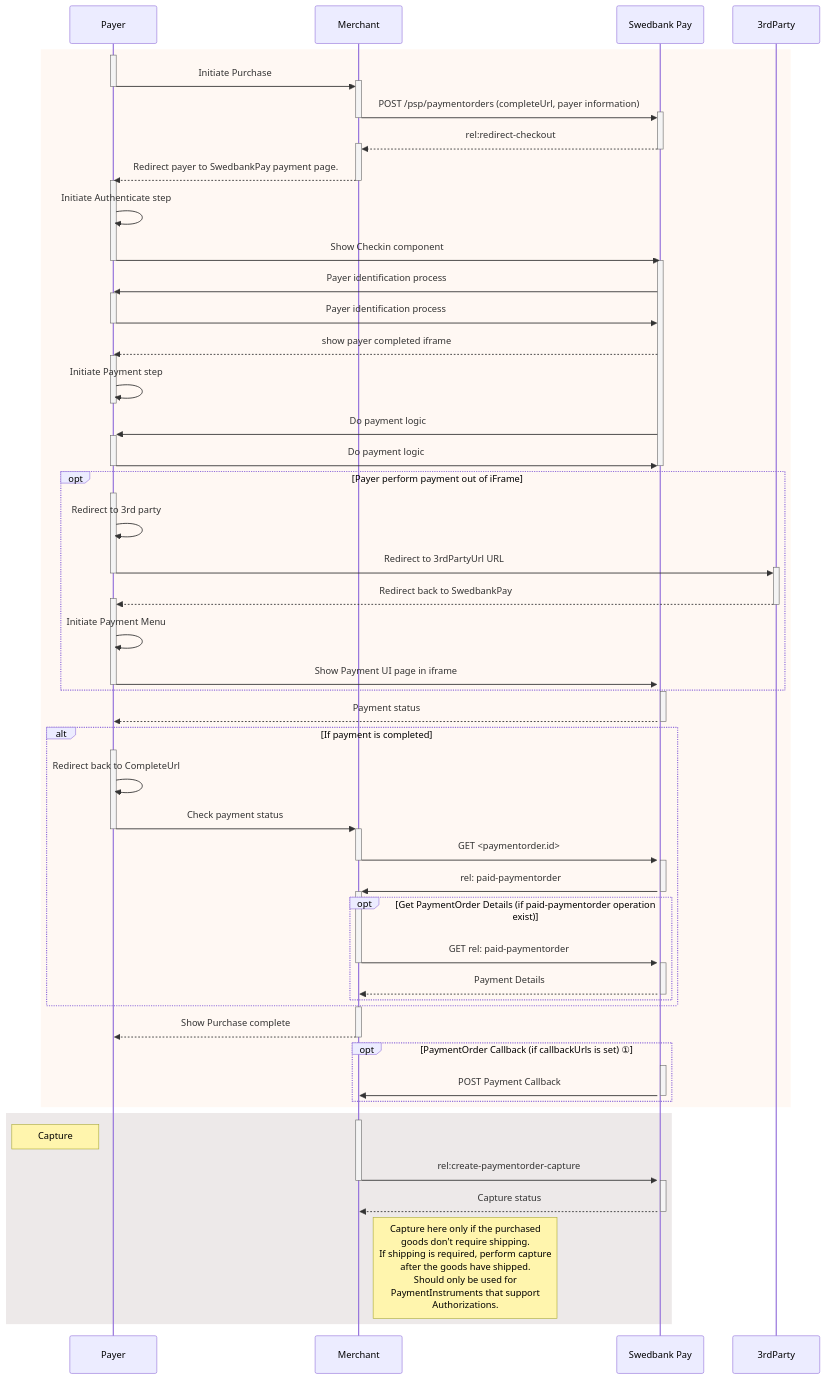
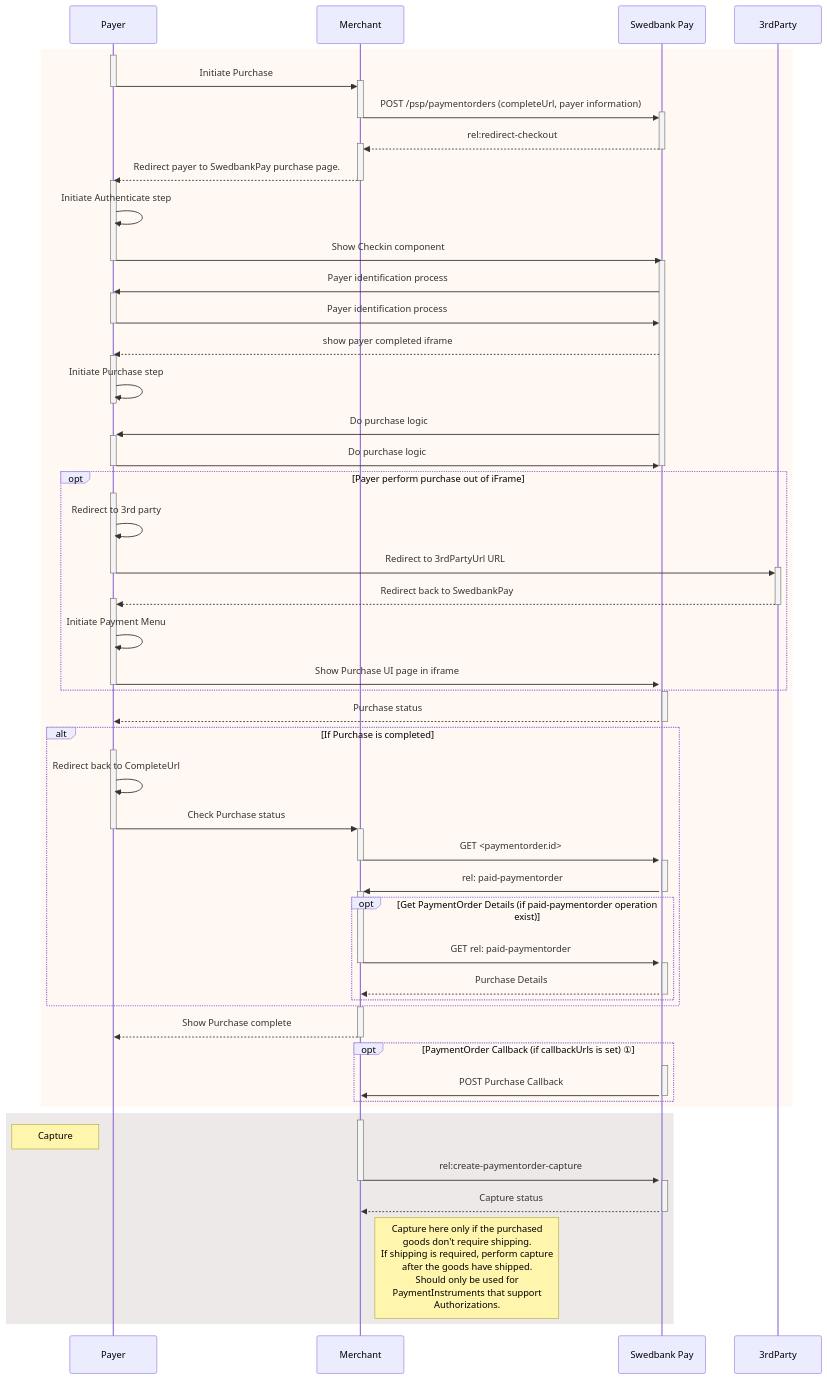
One commit to SwedbankPay/developer.swedbankpay.com changed the diagram in checkout/v3/standard/redirect.md. Above: the diagram before and after it, drawn with Mermaid. The commit also changed other lines of this file and 8 other files, not shown here.

```diff
--- a/checkout/v3/standard/redirect.md
+++ b/checkout/v3/standard/redirect.md
@@ -32,7 +32,7 @@
             deactivate Merchant
             SwedbankPay -->>+ Merchant: rel:redirect-checkout
             deactivate SwedbankPay
-            Merchant -->>- Payer: Redirect payer to SwedbankPay payment page.
+            Merchant -->>- Payer: Redirect payer to SwedbankPay purchase page.
             activate Payer
             Payer ->> Payer: Initiate Authenticate step
                Payer ->> SwedbankPay: Show Checkin component
@@ -44,15 +44,15 @@
     deactivate Payer
     SwedbankPay -->> Payer: show payer completed iframe
     activate Payer
-    Payer ->> Payer: Initiate Payment step
+    Payer ->> Payer: Initiate Purchase step
 
     deactivate Payer
-    SwedbankPay ->>+ Payer: Do payment logic
-    Payer ->> SwedbankPay: Do payment logic
+    SwedbankPay ->>+ Payer: Do purchase logic
+    Payer ->> SwedbankPay: Do purchase logic
     deactivate Payer
     deactivate SwedbankPay
 
-                    opt Payer perform payment out of iFrame
+                    opt Payer perform purchase out of iFrame
                     activate Payer
                     Payer ->> Payer: Redirect to 3rd party
                     Payer ->>+ 3rdParty: Redirect to 3rdPartyUrl URL
@@ -60,18 +60,18 @@
                     3rdParty -->>+ Payer: Redirect back to SwedbankPay
                     deactivate 3rdParty
                     Payer ->> Payer: Initiate Payment Menu
-                    Payer ->>+ SwedbankPay: Show Payment UI page in iframe
+                    Payer ->>+ SwedbankPay: Show Purchase UI page in iframe
                     deactivate Payer
                 end
 
                 activate SwedbankPay
-                SwedbankPay -->> Payer: Payment status
+                SwedbankPay -->> Payer: Purchase status
                 deactivate SwedbankPay
 
-            alt If payment is completed
+            alt If Purchase is completed
             activate Payer
             Payer ->> Payer: Redirect back to CompleteUrl
-            Payer ->>+ Merchant: Check payment status
+            Payer ->>+ Merchant: Check Purchase status
             deactivate Payer
             Merchant ->>+ SwedbankPay: GET <paymentorder.id>
             deactivate Merchant
@@ -80,7 +80,7 @@
             opt Get PaymentOrder Details (if paid-paymentorder operation exist)
             Merchant ->>+ SwedbankPay: GET rel: paid-paymentorder
             deactivate Merchant
-            SwedbankPay -->> Merchant: Payment Details
+            SwedbankPay -->> Merchant: Purchase Details
             deactivate SwedbankPay
             end
             end
@@ -89,7 +89,7 @@
 Merchant -->>- Payer: Show Purchase complete
          opt PaymentOrder Callback (if callbackUrls is set) ①
                 activate SwedbankPay
-                SwedbankPay ->> Merchant: POST Payment Callback
+                SwedbankPay ->> Merchant: POST Purchase Callback
                 deactivate SwedbankPay
          end
          end
```
